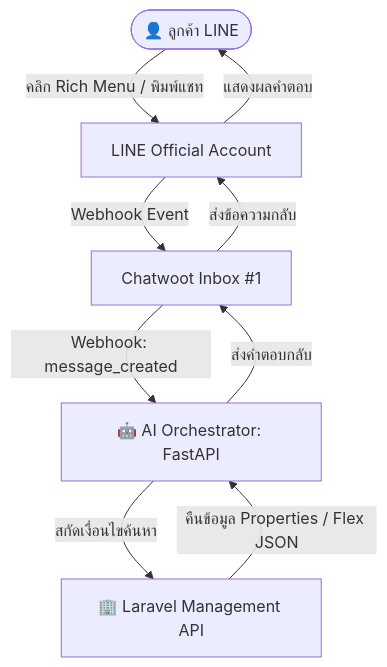
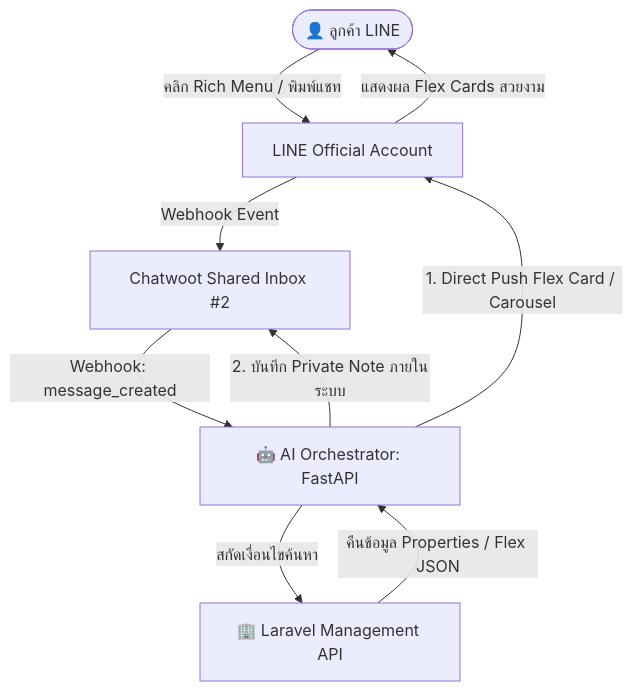
One commit to natthawat141/AI-bot-chatwoot changed the diagram in docs/LINE_RICH_MENU_FLEX_SETUP.md. Above: the diagram before and after it, drawn with Mermaid. The commit also changed other lines of this file and 1 other file, not shown here.

Commit message:
docs: document Chatwoot Inbox auto-assignment invariants and troubleshooting guide

````diff
--- a/docs/LINE_RICH_MENU_FLEX_SETUP.md
+++ b/docs/LINE_RICH_MENU_FLEX_SETUP.md
@@ -18,11 +19,11 @@
 ```mermaid
 flowchart TD
     Customer([👤 ลูกค้า LINE]) -->|คลิก Rich Menu / พิมพ์แชท| LineOA[LINE Official Account]
-    LineOA -->|Webhook Event| Chatwoot[Chatwoot Inbox #1]
+    LineOA -->|Webhook Event| Chatwoot[Chatwoot Shared Inbox #2]
     Chatwoot -->|Webhook: message_created| AIOrchestrator[🤖 AI Orchestrator: FastAPI]
     AIOrchestrator -->|สกัดเงื่อนไขค้นหา| LaravelAPI[🏢 Laravel Management API]
     LaravelAPI -->|คืนข้อมูล Properties / Flex JSON| AIOrchestrator
-    AIOrchestrator -->|ส่งคำตอบกลับ| Chatwoot
-    Chatwoot -->|ส่งข้อความกลับ| LineOA
-    LineOA -->|แสดงผลคำตอบ| Customer
+    AIOrchestrator -->|1. Direct Push Flex Card / Carousel| LineOA
+    AIOrchestrator -->|2. บันทึก Private Note ภายในระบบ| Chatwoot
+    LineOA -->|แสดงผล Flex Cards สวยงาม| Customer
 ```
````
